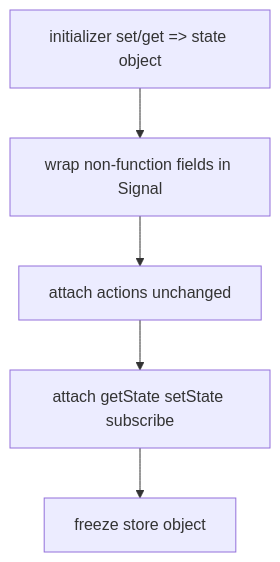
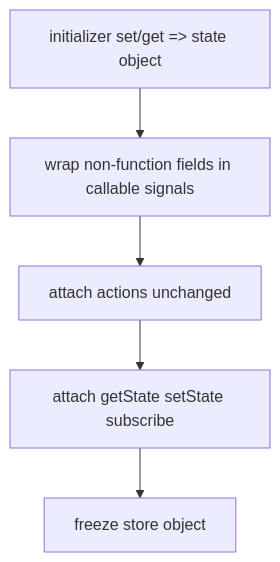
Before and after one commit to kiranojhanp/super-tiny-signal: the first of 2 diagrams in docs/store-and-persistence.md, drawn with Mermaid. The commit also changed other lines of this file and 19 other files, not shown here.

Commit message:
feat: modernize API with callable signals and DOM bindings

````diff
--- a/docs/store-and-persistence.md
+++ b/docs/store-and-persistence.md
@@ -17,7 +17,7 @@
 ```mermaid
 flowchart TD
-  A[initializer set/get => state object] --> B[wrap non-function fields in Signal]
+  A[initializer set/get => state object] --> B[wrap non-function fields in callable signals]
   B --> C[attach actions unchanged]
   C --> D[attach getState setState subscribe]
   D --> E[freeze store object]
 ```
````
